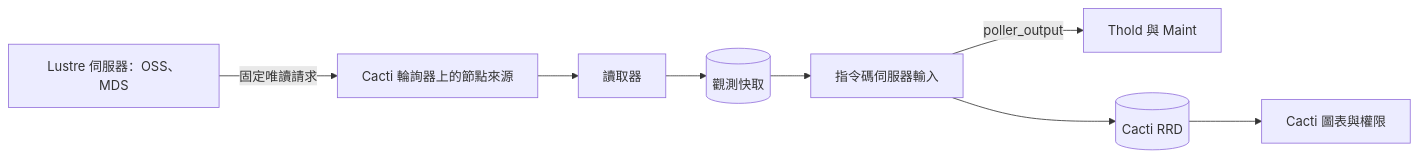
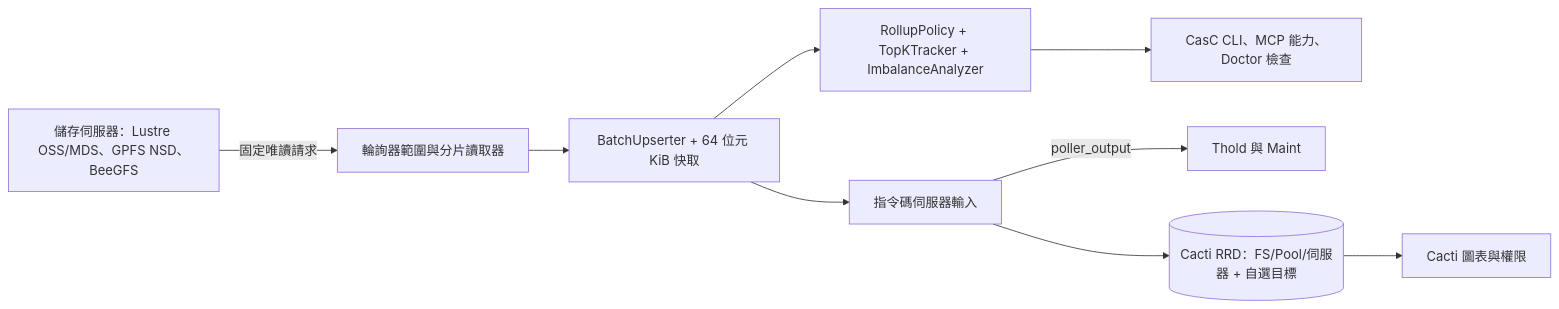
Before and after one commit to somethingwithproof/plugin_pfs: the diagram in docs/i18n/zh-TW/README.md, drawn with Mermaid. The commit also changed other lines of this file and 47 other files, not shown here.

````diff
--- a/docs/i18n/zh-TW/README.md
+++ b/docs/i18n/zh-TW/README.md
@@ -64,10 +72,11 @@
 ```mermaid
 flowchart LR
-    N[Lustre 伺服器：OSS、MDS] -->|固定唯讀請求| S[Cacti 輪詢器上的節點來源]
-    S --> R[讀取器]
-    R --> C[(觀測快取)]
-    C --> SS[指令碼伺服器輸入]
-    SS -->|poller_output| T[Thold 與 Maint]
-    SS --> RRD[(Cacti RRD)]
-    RRD --> G[Cacti 圖表與權限]
+    N["儲存伺服器：Lustre OSS/MDS、GPFS NSD、BeeGFS"] -->|固定唯讀請求| S["輪詢器範圍與分片讀取器"]
+    S --> B["BatchUpserter + 64 位元 KiB 快取"]
+    B --> R["RollupPolicy + TopKTracker + ImbalanceAnalyzer"]
+    B --> SS["指令碼伺服器輸入"]
+    R --> ECO["CasC CLI、MCP 能力、Doctor 檢查"]
+    SS -->|poller_output| T["Thold 與 Maint"]
+    SS --> RRD[("Cacti RRD：FS/Pool/伺服器 + 自選目標")]
+    RRD --> G["Cacti 圖表與權限"]
 ```
````
